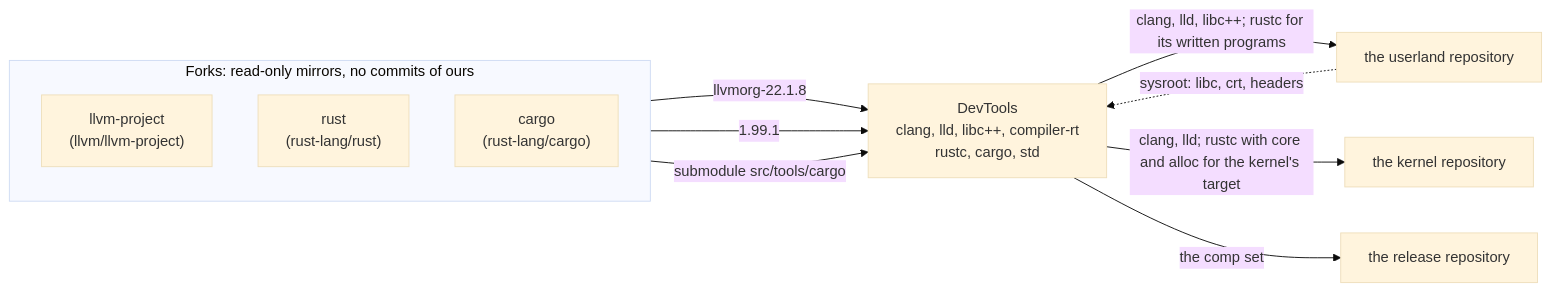
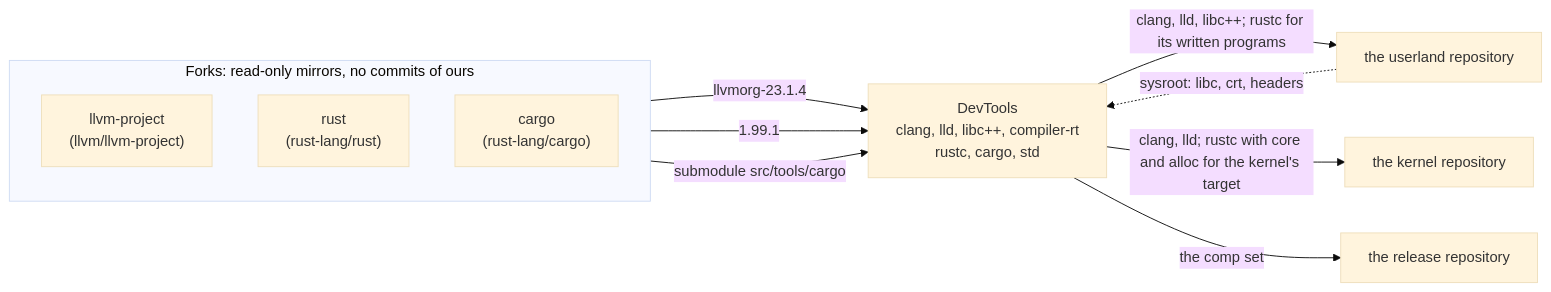
The diagram in docs/TOOLCHAIN.md (EmiBSD/DevTools), drawn with Mermaid (base theme) before and after one commit. The commit also changed other lines of this file and 7 other files, not shown here.

````diff
--- a/docs/TOOLCHAIN.md
+++ b/docs/TOOLCHAIN.md
@@ -15,21 +15,21 @@
 ```mermaid
 flowchart LR
     subgraph forks["Forks: read-only mirrors, no commits of ours"]
         direction TB
         llvm["llvm-project<br/>(llvm/llvm-project)"]
         rust["rust<br/>(rust-lang/rust)"]
         cargo["cargo<br/>(rust-lang/cargo)"]
     end
     dev["DevTools<br/>clang, lld, libc++, compiler-rt<br/>rustc, cargo, std"]
     ul["the userland repository"]
     k["the kernel repository"]
     os["the release repository"]
 
-    llvm -- "llvmorg-22.1.8" --> dev
+    llvm -- "llvmorg-23.1.4" --> dev
     rust -- "1.99.1" --> dev
     cargo -- "submodule src/tools/cargo" --> dev
     dev -- "clang, lld, libc++; rustc for its written programs" --> ul
     dev -- "clang, lld; rustc with core and alloc for the kernel's target" --> k
     dev -- "the comp set" --> os
     ul -. "sysroot: libc, crt, headers" .-> dev
 ```
````
